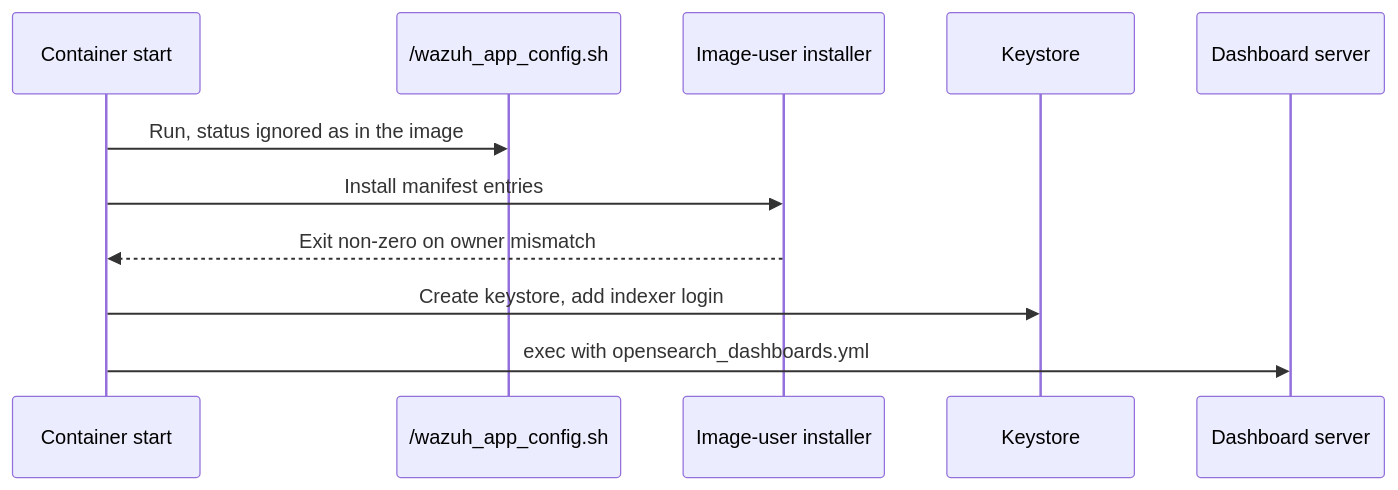
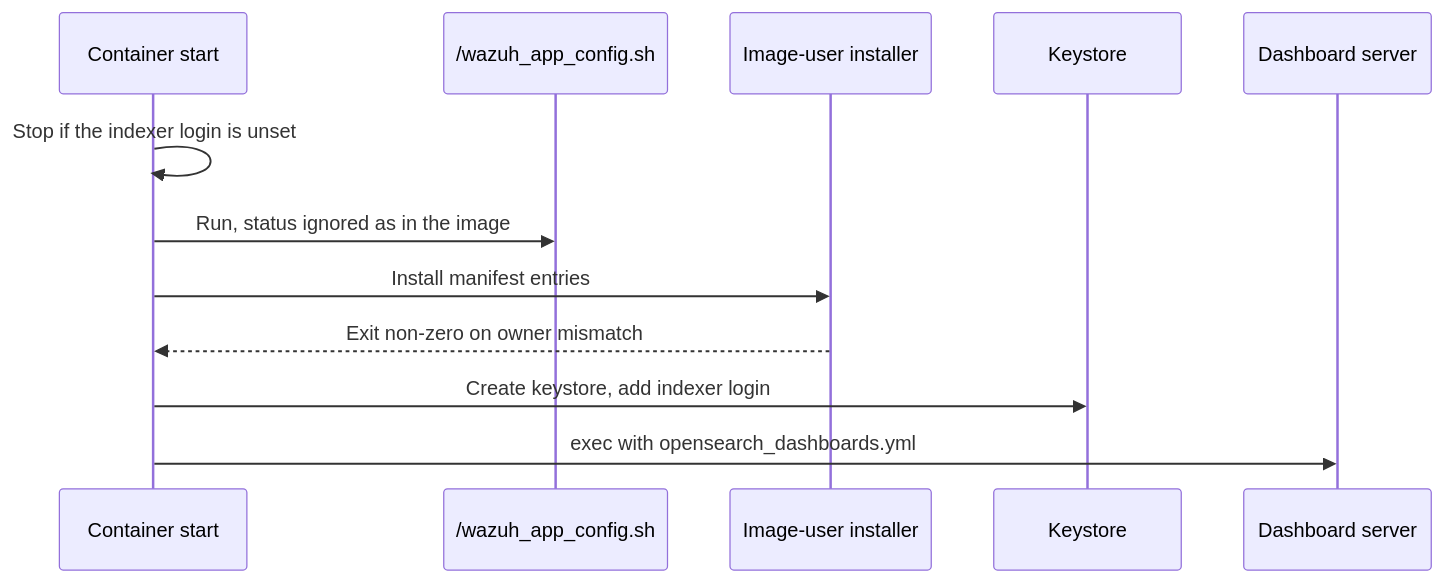
Before and after one commit to OpenRAE/lilrae: the second of 2 diagrams in docs/architecture/issue-1422-wazuh-dashboard-owned-config-design.md, drawn with Mermaid. The commit also changed other lines of this file and 3 other files, not shown here.

Commit message:
fix: refuse an unset dashboard indexer login

````diff
--- a/docs/architecture/issue-1422-wazuh-dashboard-owned-config-design.md
+++ b/docs/architecture/issue-1422-wazuh-dashboard-owned-config-design.md
@@ -91,13 +92,14 @@
 ```mermaid
 sequenceDiagram
     participant C as Container start
     participant A as /wazuh_app_config.sh
     participant I as Image-user installer
     participant K as Keystore
     participant S as Dashboard server
+    C->>C: Stop if the indexer login is unset
     C->>A: Run, status ignored as in the image
     C->>I: Install manifest entries
     I-->>C: Exit non-zero on owner mismatch
     C->>K: Create keystore, add indexer login
     C->>S: exec with opensearch_dashboards.yml
 ```
````
